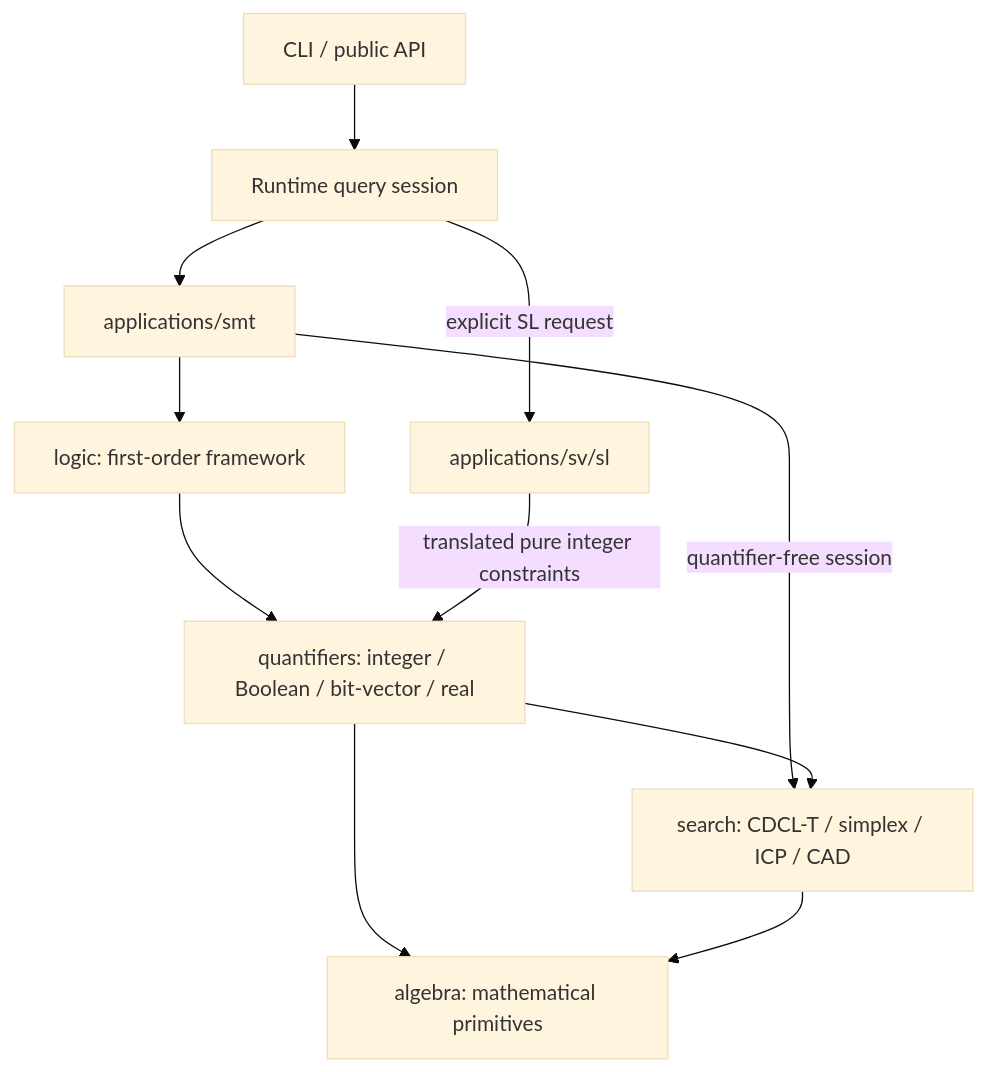
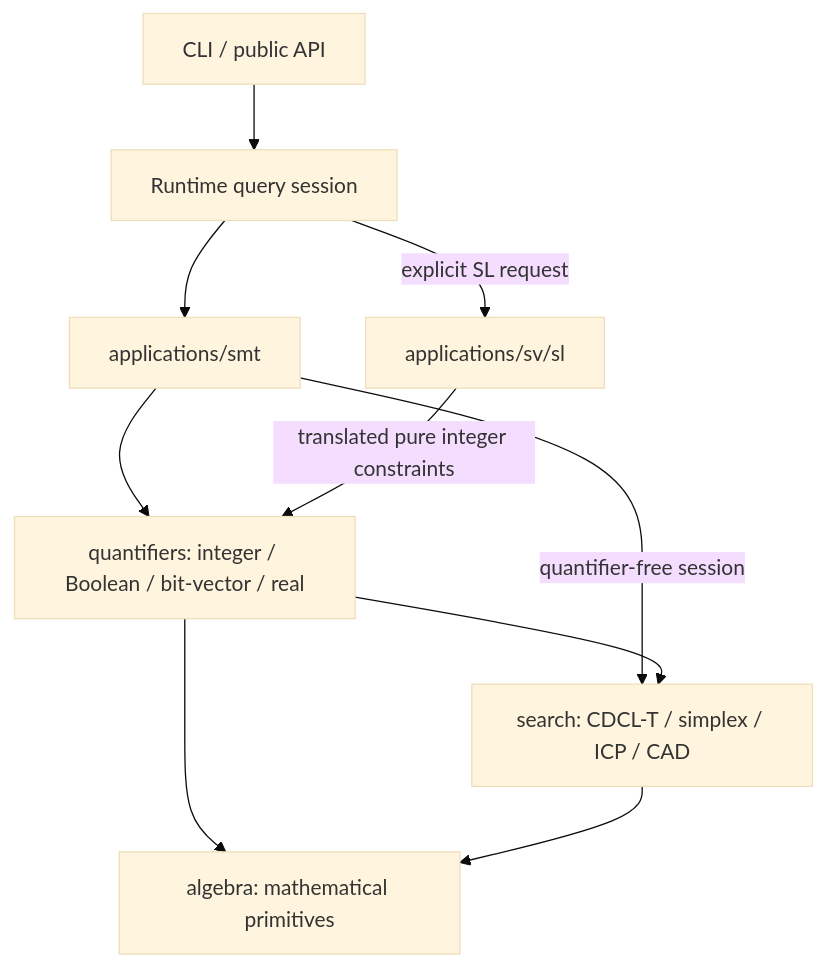
One commit to fuqi-jia/Xolver changed the diagram in README.md. Above: the diagram before and after it, drawn with Mermaid (base theme). The commit also changed other lines of this file and 46 other files, not shown here.

Commit message:
Implement native QBF, bit-vector and real quantifier algorithms

````diff
--- a/README.md
+++ b/README.md
@@ -25,13 +31,12 @@
 ```mermaid
 flowchart TD
     Input[CLI / public API] --> Session[Runtime query session]
     Session --> SMT[applications/smt]
     Session -->|explicit SL request| SL[applications/sv/sl]
-    SMT --> Logic[logic: first-order framework]
-    Logic --> Quantifiers[quantifiers: integer / Boolean / bit-vector / real]
+    SMT --> Quantifiers[quantifiers: integer / Boolean / bit-vector / real]
     SL -->|translated pure integer constraints| Quantifiers
     SMT -->|quantifier-free session| Search[search: CDCL-T / simplex / ICP / CAD]
     Quantifiers --> Search
     Quantifiers --> Algebra[algebra: mathematical primitives]
     Search --> Algebra
 ```
````
